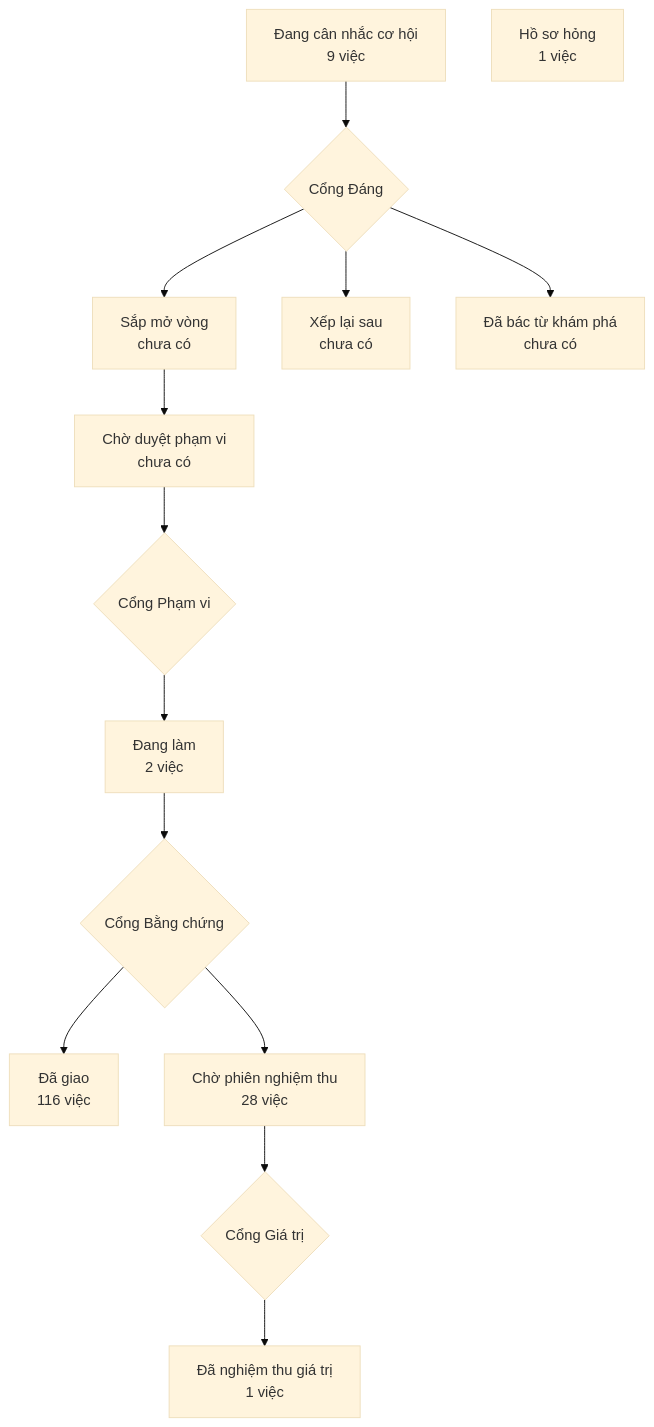
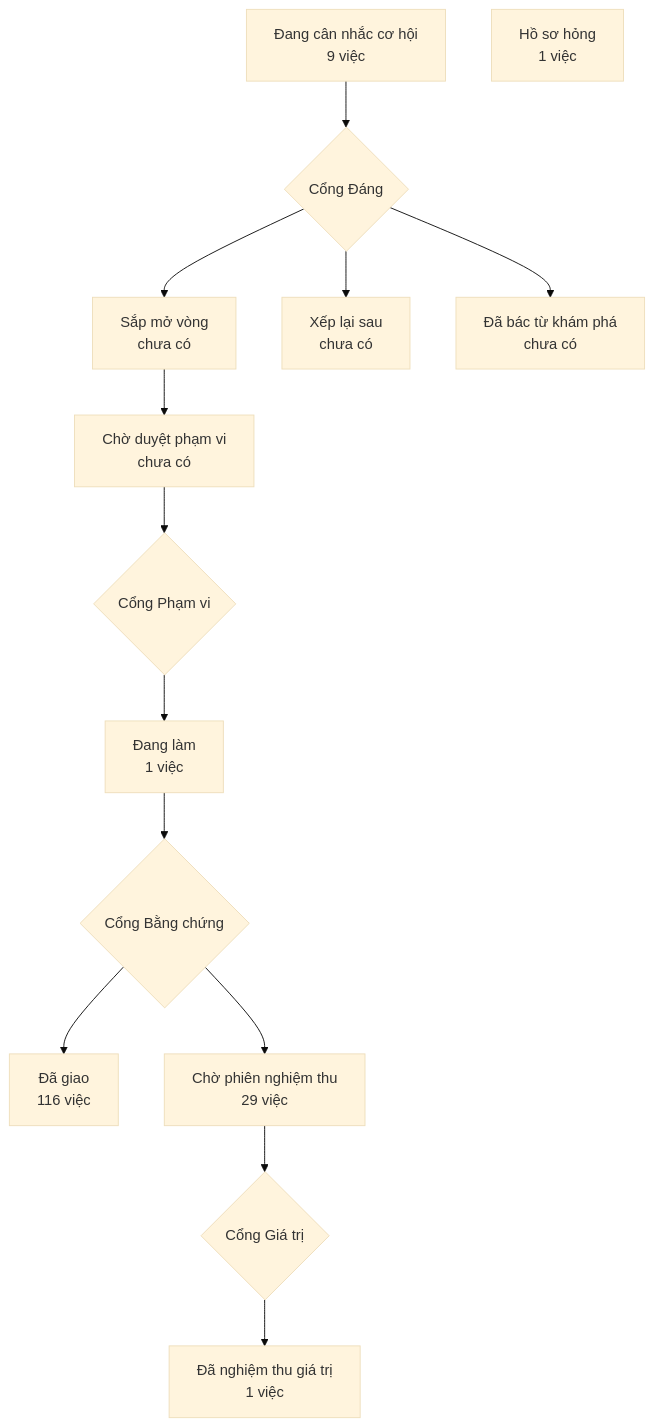
The diagram in PRODUCT-MAP.md (phanlemanh/crm-onehub), drawn with Mermaid (base theme) before and after one commit. The commit also changed 3 other files, not shown here.

````diff
--- a/PRODUCT-MAP.md
+++ b/PRODUCT-MAP.md
@@ -7,13 +7,13 @@
 ```mermaid
 flowchart TD
   A["Đang cân nhắc cơ hội<br/>9 việc"] --> GD{"Cổng Đáng"}
   GD --> B["Sắp mở vòng<br/>chưa có"]
   GD --> XL["Xếp lại sau<br/>chưa có"]
   GD --> DB["Đã bác từ khám phá<br/>chưa có"]
   B --> CD["Chờ duyệt phạm vi<br/>chưa có"] --> GP{"Cổng Phạm vi"}
-  GP --> DL["Đang làm<br/>2 việc"] --> GB{"Cổng Bằng chứng"}
+  GP --> DL["Đang làm<br/>1 việc"] --> GB{"Cổng Bằng chứng"}
   GB --> DG["Đã giao<br/>116 việc"]
-  GB --> CN["Chờ phiên nghiệm thu<br/>28 việc"] --> GG{"Cổng Giá trị"}
+  GB --> CN["Chờ phiên nghiệm thu<br/>29 việc"] --> GG{"Cổng Giá trị"}
   GG --> NT["Đã nghiệm thu giá trị<br/>1 việc"]
   HS["Hồ sơ hỏng<br/>1 việc"]
 ```
````
